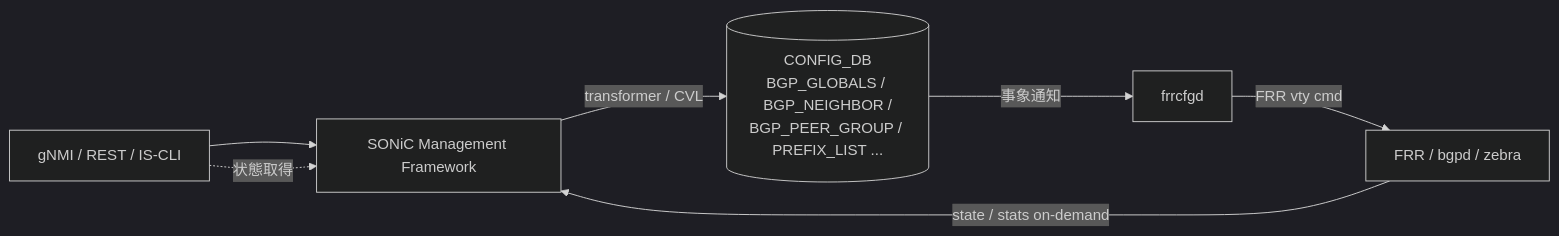
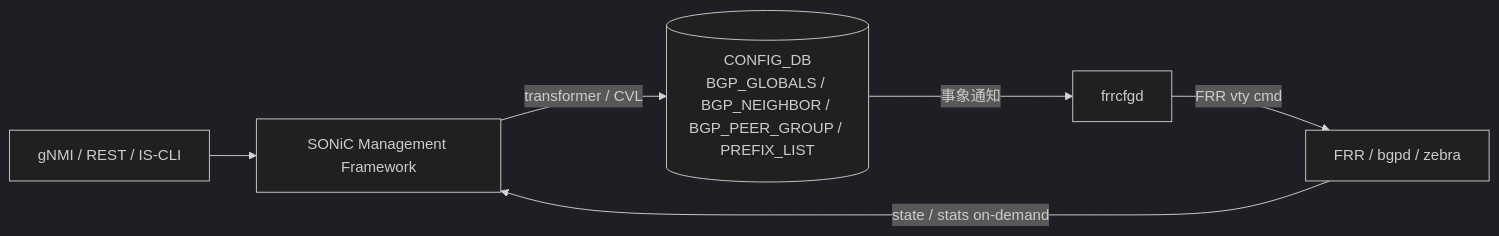
One commit to aoki-taquan/sonic-unofficial-docs changed the diagram in docs/routing/sonic-frr-bgp-extended-unified-configuration-management-framework.md. Above: the diagram before and after it, drawn with Mermaid (dark theme). The commit also changed other lines of this file and 5 other files, not shown here.

````diff
--- a/docs/routing/sonic-frr-bgp-extended-unified-configuration-management-framework.md
+++ b/docs/routing/sonic-frr-bgp-extended-unified-configuration-management-framework.md
@@ -38,9 +38,8 @@
 ```mermaid
 flowchart LR
     NBI[gNMI / REST / IS-CLI] --> MGMT[SONiC Management Framework]
-    MGMT -->|transformer / CVL| CDB[(CONFIG_DB\nBGP_GLOBALS / BGP_NEIGHBOR /\nBGP_PEER_GROUP / PREFIX_LIST ...)]
+    MGMT -->|transformer / CVL| CDB[(CONFIG_DB<br/>BGP_GLOBALS / BGP_NEIGHBOR / BGP_PEER_GROUP / PREFIX_LIST)]
     CDB -->|事象通知| FCFGD[frrcfgd]
     FCFGD -->|FRR vty cmd| FRR[FRR / bgpd / zebra]
     FRR -->|state / stats on-demand| MGMT
-    NBI -. 状態取得 .-> MGMT
 ```
````
